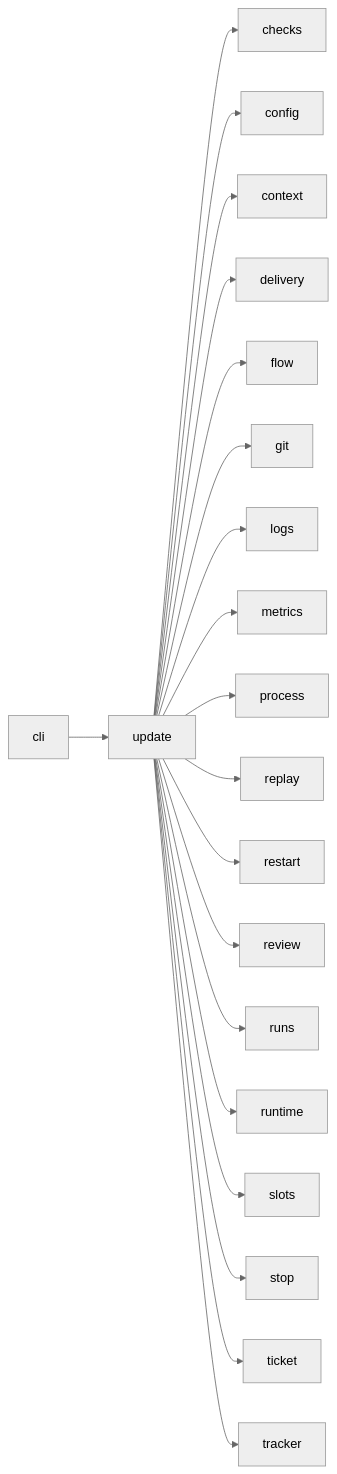
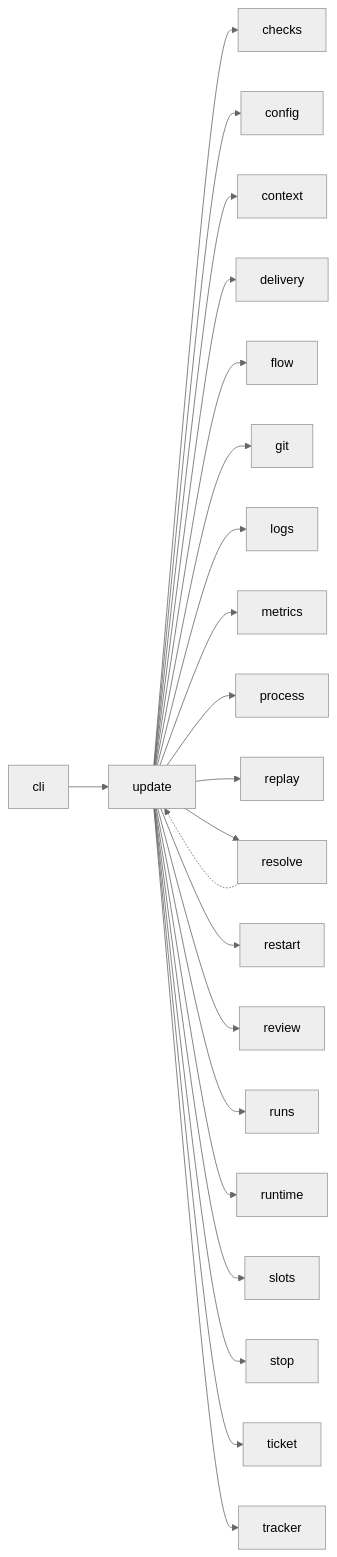
The third of 3 diagrams in docs/architecture/modules/update.md (plaplanche/ariane), drawn with Mermaid (neutral theme) before and after one commit. The commit also changed other lines of this file and 22 other files, not shown here.

````diff
--- a/docs/architecture/modules/update.md
+++ b/docs/architecture/modules/update.md
@@ -89,22 +100,24 @@
 ```mermaid
 flowchart LR
   cli --> update
+  resolve -.-> update
   update --> checks
   update --> config
   update --> context
   update --> delivery
   update --> flow
   update --> git
   update --> logs
   update --> metrics
   update --> process
   update --> replay
+  update --> resolve
   update --> restart
   update --> review
   update --> runs
   update --> runtime
   update --> slots
   update --> stop
   update --> ticket
   update --> tracker
 ```
````
